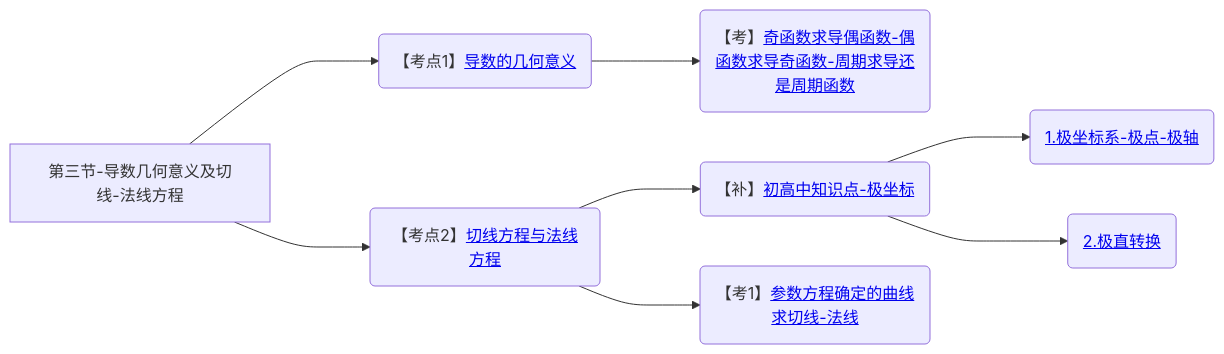
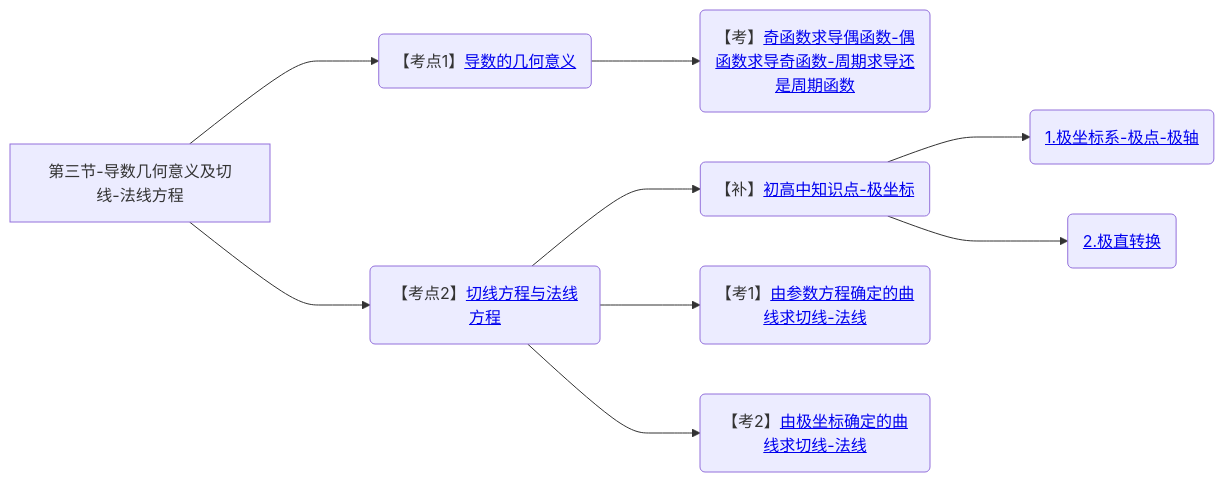
Diagram 13 of 13 in 笔记/数学/周洋鑫/01.基础班思维导图.md (yuebinghui/note), drawn with Mermaid before and after one commit. The commit also changed 6 other files, not shown here.

````diff
--- a/笔记/数学/周洋鑫/01.基础班思维导图.md
+++ b/笔记/数学/周洋鑫/01.基础班思维导图.md
@@ -498,15 +498,16 @@
 ```mermaid
 graph LR
 第三节-导数几何意义及切线-法线方程
 
 第三节-导数几何意义及切线-法线方程--->导数的几何意义(【考点1】<a href="/Users/yuebinghui/Documents/program/github/note/笔记/数学/周洋鑫/基础班/14.导数的几何意义与微分定义.md#导数的几何意义">导数的几何意义</>)
 导数的几何意义--->奇函数求导偶函数-偶函数求导奇函数-周期求导还是周期函数(【考】<a href="/Users/yuebinghui/Documents/program/github/note/笔记/数学/周洋鑫/基础班/14.导数的几何意义与微分定义.md#奇函数求导偶函数-偶函数求导奇函数-周期求导还是周期函数">奇函数求导偶函数-偶函数求导奇函数-周期求导还是周期函数</>)
 
 第三节-导数几何意义及切线-法线方程--->切线方程与法线方程(【考点2】<a href="/Users/yuebinghui/Documents/program/github/note/笔记/数学/周洋鑫/基础班/14.导数的几何意义与微分定义.md#切线方程与法线方程">切线方程与法线方程</>)
 
 切线方程与法线方程--->初高中知识点-极坐标(【补】<a href="/Users/yuebinghui/Documents/program/github/note/笔记/数学/周洋鑫/基础班/14.导数的几何意义与微分定义.md#初高中知识点-极坐标">初高中知识点-极坐标</>)
 初高中知识点-极坐标--->1.极坐标系-极点-极轴(<a href="/Users/yuebinghui/Documents/program/github/note/笔记/数学/周洋鑫/基础班/14.导数的几何意义与微分定义.md#1.极坐标系-极点-极轴">1.极坐标系-极点-极轴</>)
 初高中知识点-极坐标--->2.极直转换(<a href="/Users/yuebinghui/Documents/program/github/note/笔记/数学/周洋鑫/基础班/14.导数的几何意义与微分定义.md#2.极直转换">2.极直转换</>)
 
-切线方程与法线方程--->参数方程确定的曲线求切线-法线(【考1】<a href="/Users/yuebinghui/Documents/program/github/note/笔记/数学/周洋鑫/基础班/14.导数的几何意义与微分定义.md#参数方程确定的曲线求切线-法线">参数方程确定的曲线求切线-法线</>)
+切线方程与法线方程--->参数方程确定的曲线求切线-法线(【考1】<a href="/Users/yuebinghui/Documents/program/github/note/笔记/数学/周洋鑫/基础班/14.导数的几何意义与微分定义.md#参数方程确定的曲线求切线-法线">由参数方程确定的曲线求切线-法线</>)
+切线方程与法线方程--->由极坐标确定的曲线求切线-法线(【考2】<a href="/Users/yuebinghui/Documents/program/github/note/笔记/数学/周洋鑫/基础班/14.导数的几何意义与微分定义.md#由极坐标确定的曲线求切线-法线">由极坐标确定的曲线求切线-法线</>)
 ```
````
